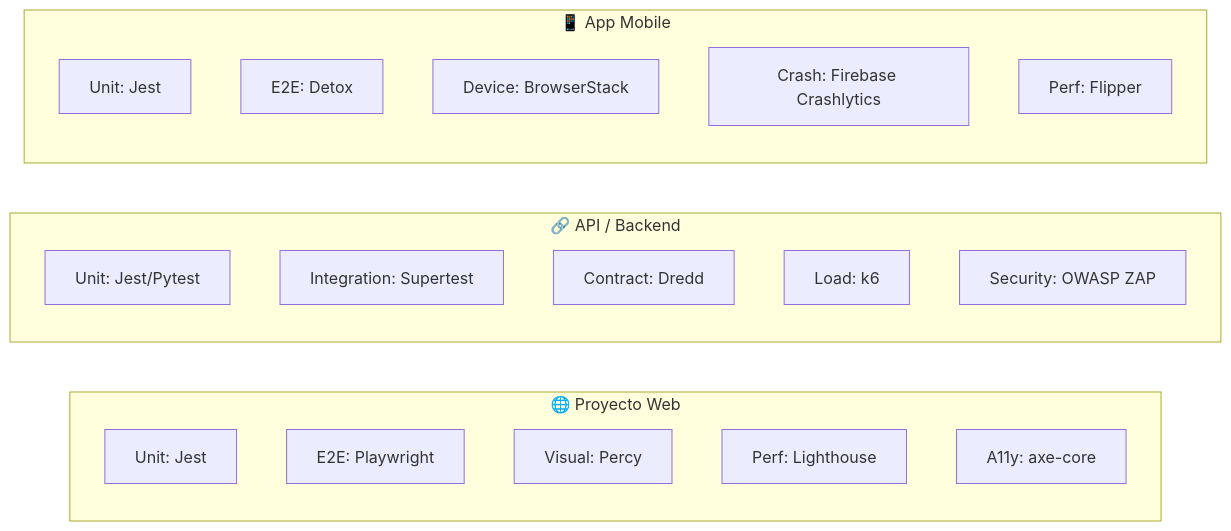
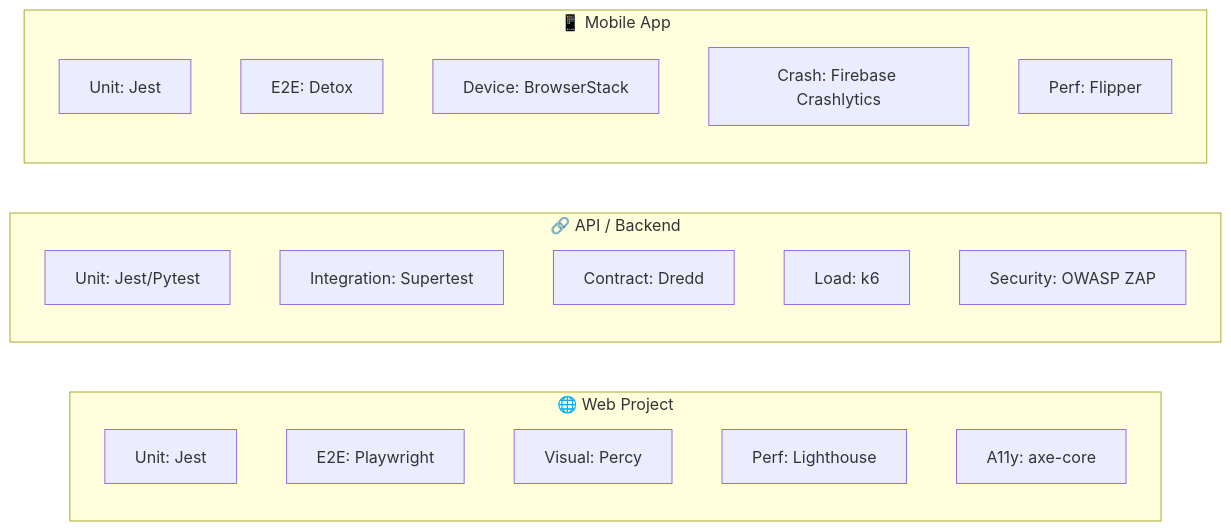
Before and after one commit to nissienterprise/nissi-openclaw-vps: the second of 2 diagrams in documentation/03-agents/software-wing/nte-qa.md, drawn with Mermaid. The commit also changed other lines of this file and 46 other files, not shown here.

````diff
--- a/documentation/03-agents/software-wing/nte-qa.md
+++ b/documentation/03-agents/software-wing/nte-qa.md
@@ -98,26 +98,26 @@
 ```mermaid
 flowchart LR
-    subgraph WEB ["🌐 Proyecto Web"]
+    subgraph WEB ["🌐 Web Project"]
         W1["Unit: Jest"]
         W2["E2E: Playwright"]
         W3["Visual: Percy"]
         W4["Perf: Lighthouse"]
         W5["A11y: axe-core"]
     end
 
     subgraph API ["🔗 API / Backend"]
         A1["Unit: Jest/Pytest"]
         A2["Integration: Supertest"]
         A3["Contract: Dredd"]
         A4["Load: k6"]
         A5["Security: OWASP ZAP"]
     end
 
-    subgraph MOBILE ["📱 App Mobile"]
+    subgraph MOBILE ["📱 Mobile App"]
         M1["Unit: Jest"]
         M2["E2E: Detox"]
         M3["Device: BrowserStack"]
         M4["Crash: Firebase Crashlytics"]
         M5["Perf: Flipper"]
     end
 ```
````
